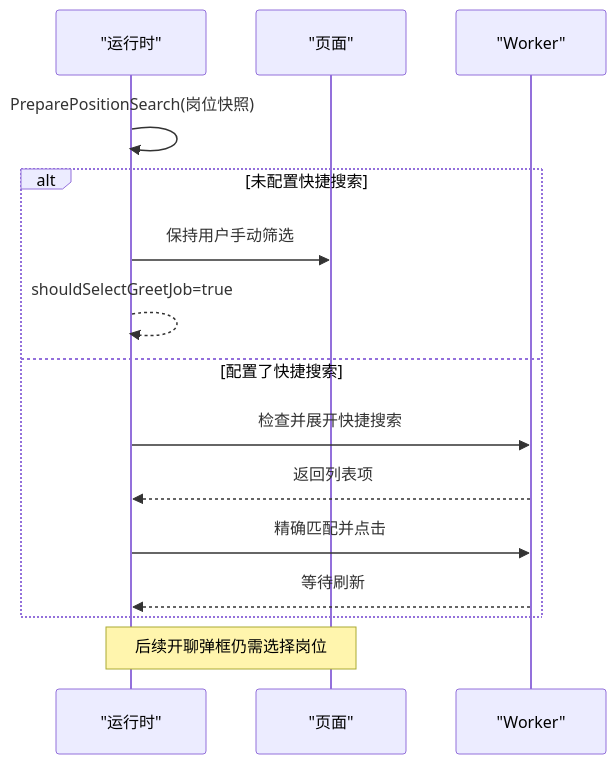
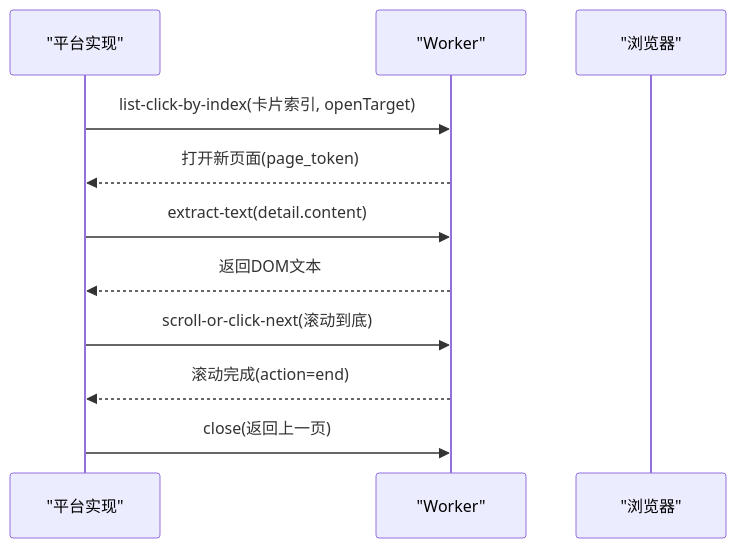
The fifth of 7 diagrams in .qoder/repowiki/zh/content/本地执行器/平台适配器/猎聘适配器/职位管理.md (alvinwangzi/goodhr), drawn with Mermaid before and after one commit. The commit also changed other lines of this file and 149 other files, not shown here.

````diff
--- a/.qoder/repowiki/zh/content/本地执行器/平台适配器/猎聘适配器/职位管理.md
+++ b/.qoder/repowiki/zh/content/本地执行器/平台适配器/猎聘适配器/职位管理.md
@@ -153,17 +196,13 @@
 ```mermaid
 sequenceDiagram
-participant Run as "运行时"
-participant Page as "页面"
+participant P as "平台实现"
 participant W as "Worker"
-Run->>Run : PreparePositionSearch(岗位快照)
-alt 未配置快捷搜索
-Run->>Page : 保持用户手动筛选
-Run-->>Run : shouldSelectGreetJob=true
-else 配置了快捷搜索
-Run->>W : 检查并展开快捷搜索
-W-->>Run : 返回列表项
-Run->>W : 精确匹配并点击
-W-->>Run : 等待刷新
-end
-Note over Run,Page : 后续开聊弹框仍需选择岗位
+participant B as "浏览器"
+P->>W : list-click-by-index(卡片索引, openTarget)
+W-->>P : 打开新页面(page_token)
+P->>W : extract-text(detail.content)
+W-->>P : 返回DOM文本
+P->>W : scroll-or-click-next(滚动到底)
+W-->>P : 滚动完成(action=end)
+P->>W : close(返回上一页)
 ```
````
